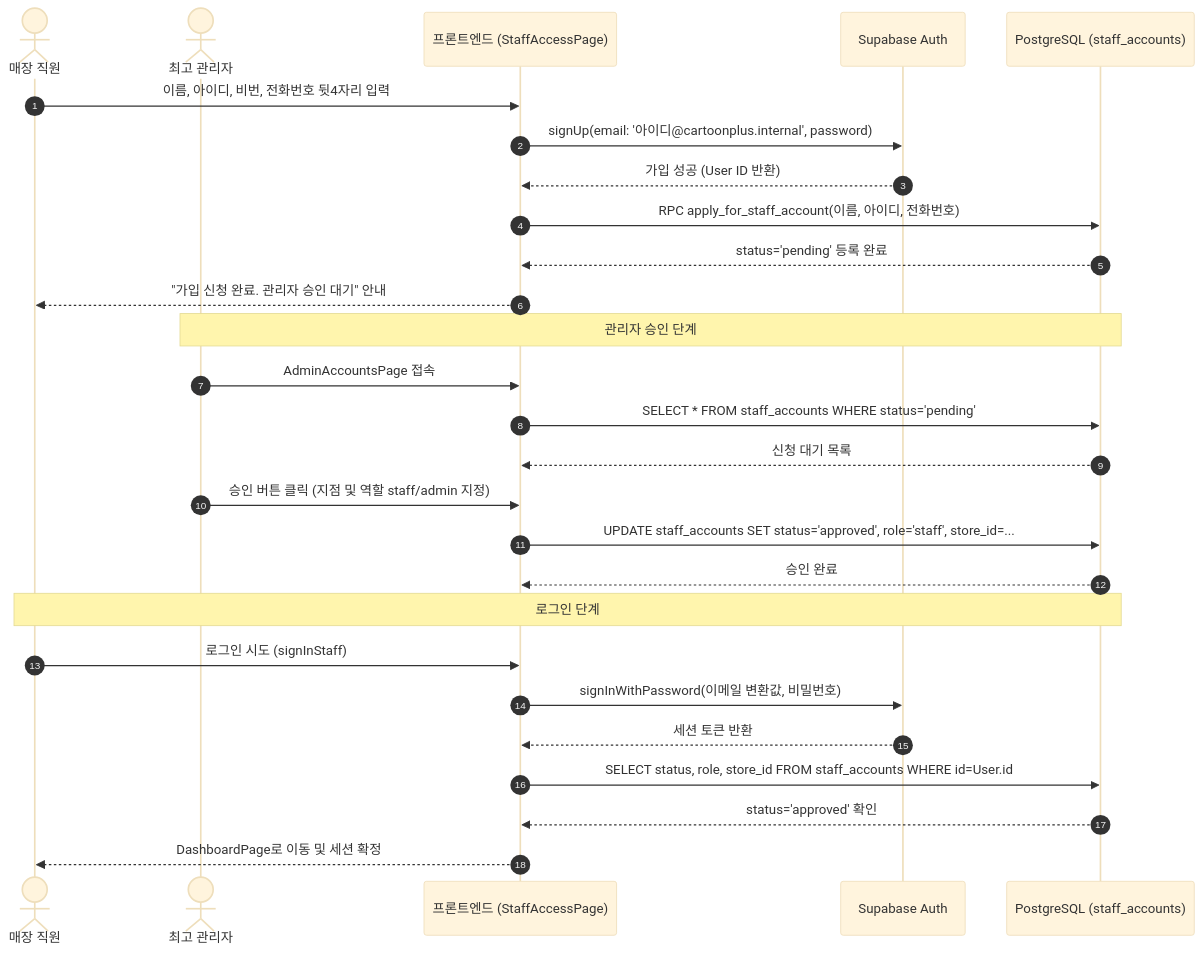
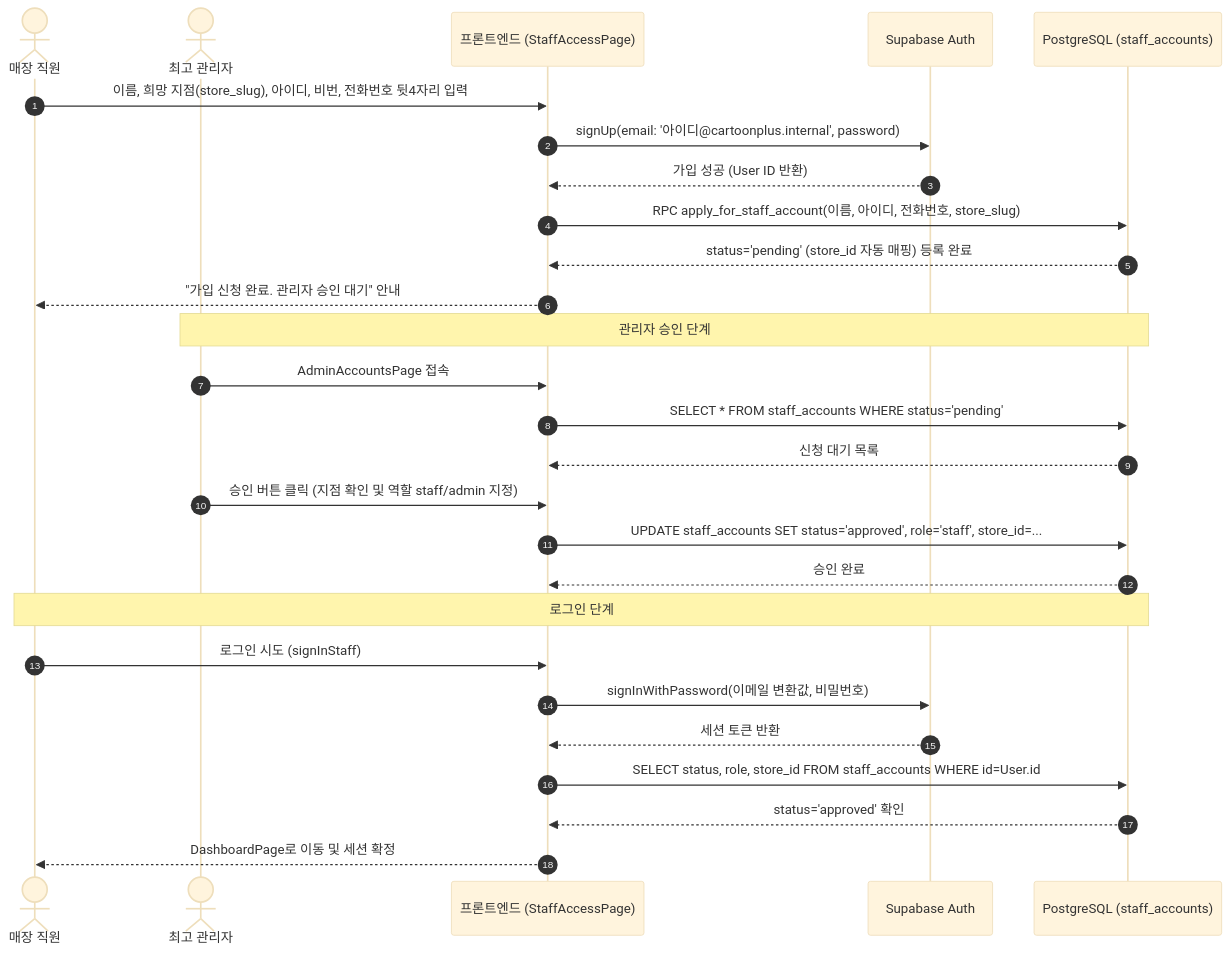
The first of 4 diagrams in docs/FLOWS_AND_SCENARIOS.md (SHINJAEHEE-DEV/CartoonPlus), drawn with Mermaid (base theme) before and after one commit. The commit also changed 4 other files, not shown here.

````diff
--- a/docs/FLOWS_AND_SCENARIOS.md
+++ b/docs/FLOWS_AND_SCENARIOS.md
@@ -13,32 +13,32 @@
 ```mermaid
 sequenceDiagram
     autonumber
     actor Staff as 매장 직원
     actor Admin as 최고 관리자
     participant Web as 프론트엔드 (StaffAccessPage)
     participant Auth as Supabase Auth
     participant DB as PostgreSQL (staff_accounts)
 
-    Staff->>Web: 이름, 아이디, 비번, 전화번호 뒷4자리 입력
+    Staff->>Web: 이름, 희망 지점(store_slug), 아이디, 비번, 전화번호 뒷4자리 입력
     Web->>Auth: signUp(email: '아이디@cartoonplus.internal', password)
     Auth-->>Web: 가입 성공 (User ID 반환)
-    Web->>DB: RPC apply_for_staff_account(이름, 아이디, 전화번호)
-    DB-->>Web: status='pending' 등록 완료
+    Web->>DB: RPC apply_for_staff_account(이름, 아이디, 전화번호, store_slug)
+    DB-->>Web: status='pending' (store_id 자동 매핑) 등록 완료
     Web-->>Staff: "가입 신청 완료. 관리자 승인 대기" 안내
 
     Note over Admin,DB: 관리자 승인 단계
     Admin->>Web: AdminAccountsPage 접속
     Web->>DB: SELECT * FROM staff_accounts WHERE status='pending'
     DB-->>Web: 신청 대기 목록
-    Admin->>Web: 승인 버튼 클릭 (지점 및 역할 staff/admin 지정)
+    Admin->>Web: 승인 버튼 클릭 (지점 확인 및 역할 staff/admin 지정)
     Web->>DB: UPDATE staff_accounts SET status='approved', role='staff', store_id=...
     DB-->>Web: 승인 완료
 
     Note over Staff,DB: 로그인 단계
     Staff->>Web: 로그인 시도 (signInStaff)
     Web->>Auth: signInWithPassword(이메일 변환값, 비밀번호)
     Auth-->>Web: 세션 토큰 반환
     Web->>DB: SELECT status, role, store_id FROM staff_accounts WHERE id=User.id
     DB-->>Web: status='approved' 확인
     Web-->>Staff: DashboardPage로 이동 및 세션 확정
 ```
````
